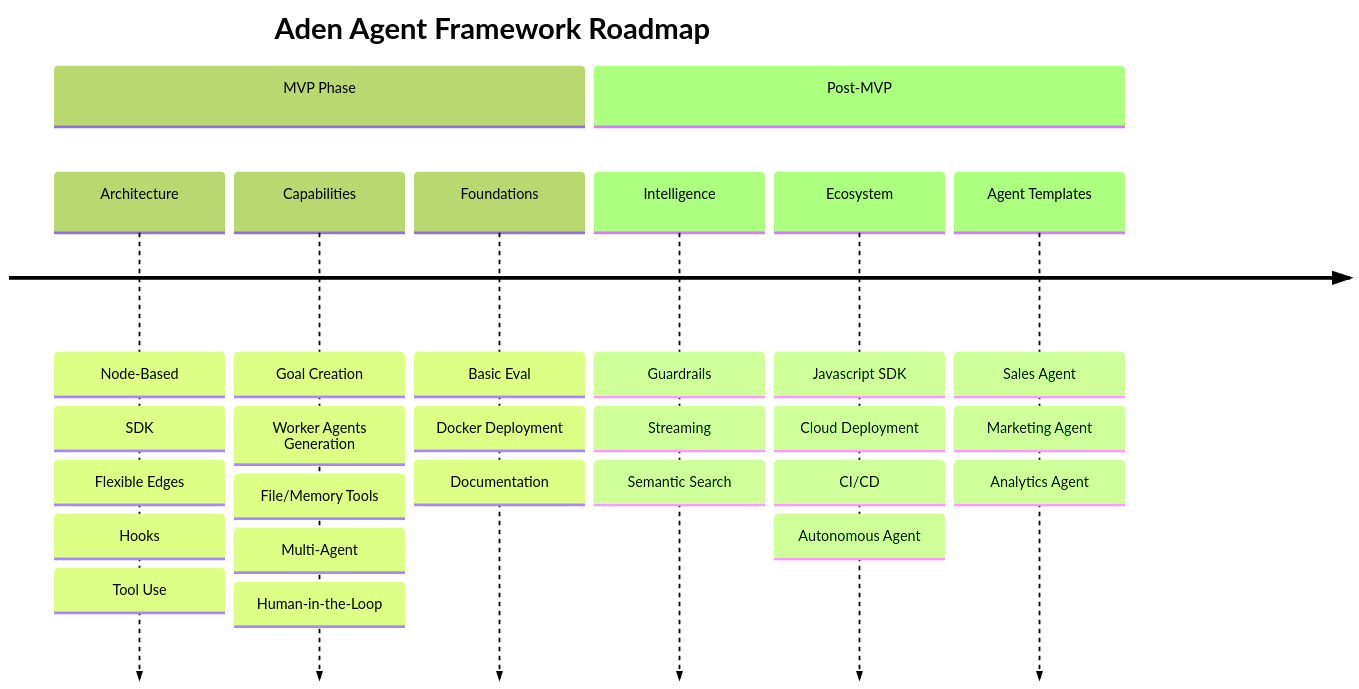
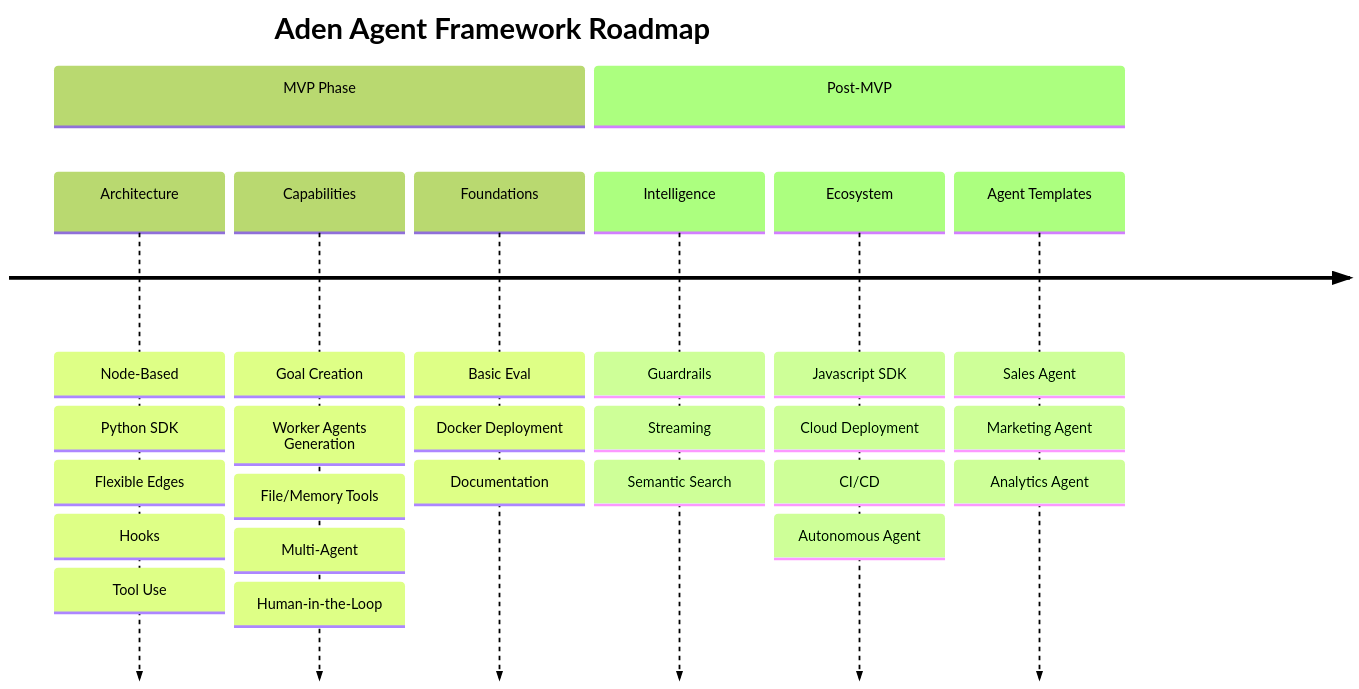
Before and after one commit to nk10nikhil/hive-spm-clone: the diagram in ROADMAP.md, drawn with Mermaid (forest theme). The commit also changed other lines of this file, not shown here.

Commit message:
chore: update roadmap

````diff
--- a/ROADMAP.md
+++ b/ROADMAP.md
@@ -5,12 +5,12 @@
 ```mermaid
 timeline
     title Aden Agent Framework Roadmap
     section MVP Phase
-        Architecture : Node-Based : SDK : Flexible Edges : Hooks : Tool Use
+        Architecture : Node-Based : Python SDK : Flexible Edges : Hooks : Tool Use
         Capabilities : Goal Creation : Worker Agents Generation: File/Memory Tools : Multi-Agent : Human-in-the-Loop
         Foundations : Basic Eval : Docker Deployment : Documentation
     section Post-MVP
         Intelligence : Guardrails : Streaming : Semantic Search
         Ecosystem : Javascript SDK : Cloud Deployment : CI/CD : Autonomous Agent
         Agent Templates : Sales Agent : Marketing Agent : Analytics Agent
 ```
````
